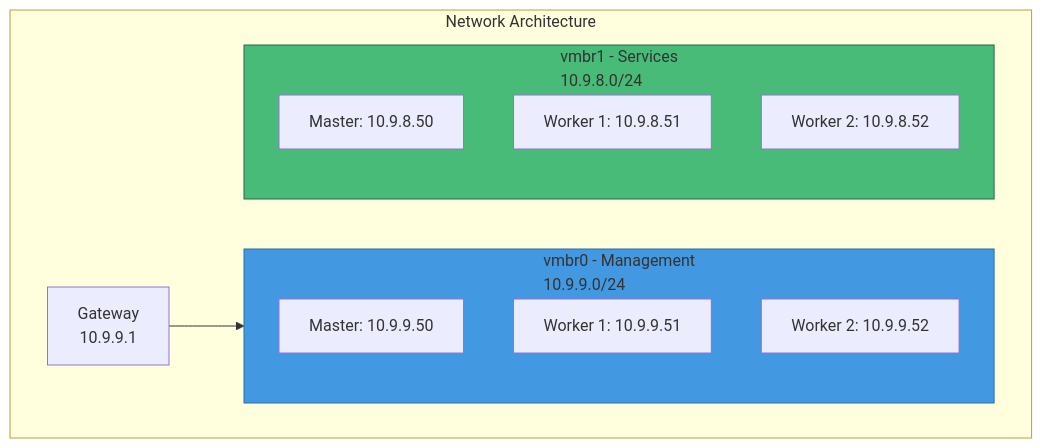
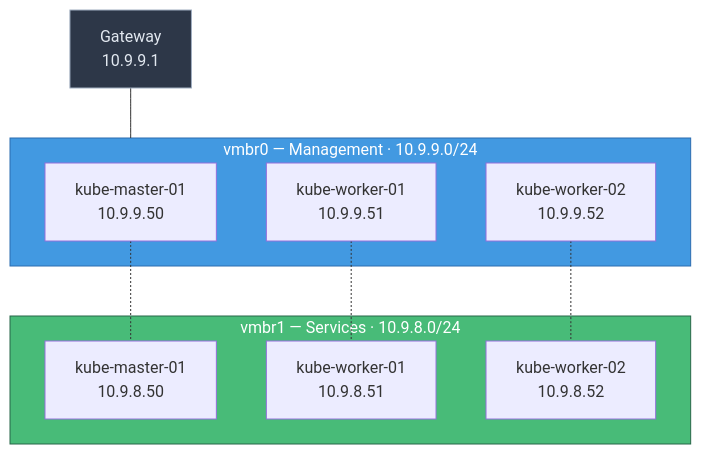
Before and after one commit to Starktastic-Homelab/terraform: the second of 4 diagrams in README.md, drawn with Mermaid. The commit also changed other lines of this file, not shown here.

Commit message:
docs: rewrite README with mermaid diagrams and accurate specs

````diff
--- a/README.md
+++ b/README.md
@@ -51,23 +71,24 @@
 ```mermaid
 graph TB
-    subgraph Network["Network Architecture"]
-        subgraph VMBR0["vmbr0 - Management<br/>10.9.9.0/24"]
-            M1_ETH0["Master: 10.9.9.50"]
-            W1_ETH0["Worker 1: 10.9.9.51"]
-            W2_ETH0["Worker 2: 10.9.9.52"]
-        end
-        
-        subgraph VMBR1["vmbr1 - Services<br/>10.9.8.0/24"]
-            M1_ETH1["Master: 10.9.8.50"]
-            W1_ETH1["Worker 1: 10.9.8.51"]
-            W2_ETH1["Worker 2: 10.9.8.52"]
-        end
-        
-        Gateway["Gateway<br/>10.9.9.1"]
+    GW["Gateway\n10.9.9.1"] --- VMBR0
+
+    subgraph VMBR0["vmbr0 — Management · 10.9.9.0/24"]
+        M0["kube-master-01\n10.9.9.50"]
+        W10["kube-worker-01\n10.9.9.51"]
+        W20["kube-worker-02\n10.9.9.52"]
     end
-    
-    Gateway --> VMBR0
-    
-    style VMBR0 fill:#4299e1,stroke:#2b6cb0
-    style VMBR1 fill:#48bb78,stroke:#276749
+
+    subgraph VMBR1["vmbr1 — Services · 10.9.8.0/24"]
+        M1["kube-master-01\n10.9.8.50"]
+        W11["kube-worker-01\n10.9.8.51"]
+        W21["kube-worker-02\n10.9.8.52"]
+    end
+
+    M0 -.- M1
+    W10 -.- W11
+    W20 -.- W21
+
+    style VMBR0 fill:#4299e1,stroke:#2b6cb0,color:#fff
+    style VMBR1 fill:#48bb78,stroke:#276749,color:#fff
+    style GW fill:#2d3748,stroke:#a0aec0,color:#e2e8f0
 ```
````
